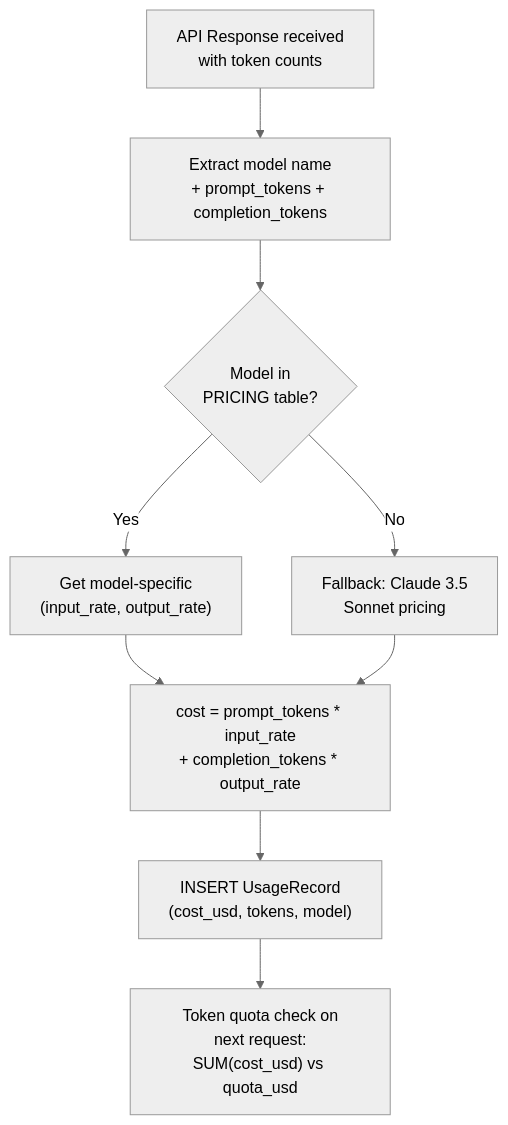
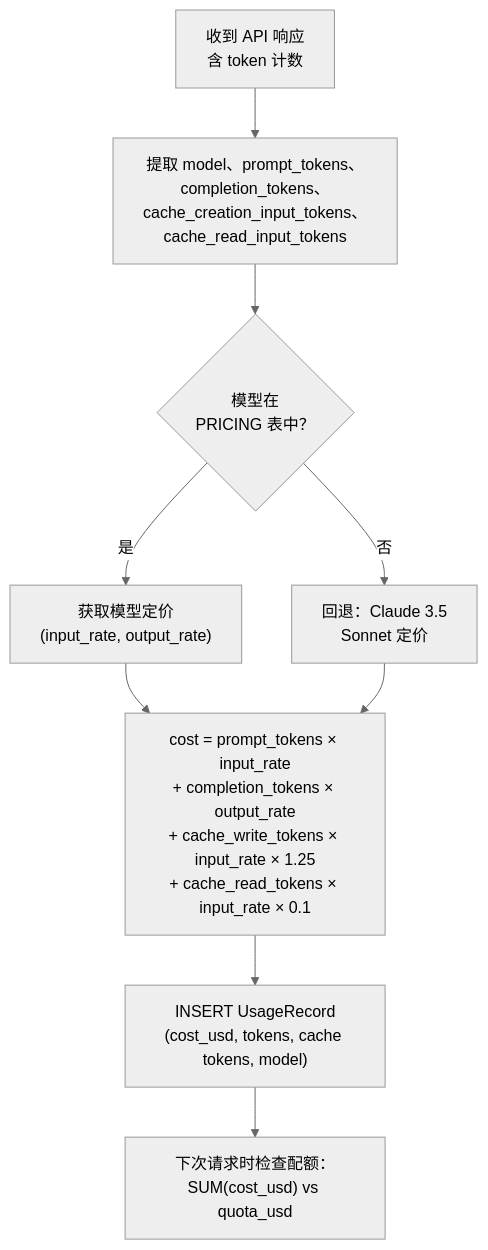
Before and after one commit to aws-samples/sample-kolya-br-proxy: the ninth of 9 diagrams in docs/architecture.zh.md, drawn with Mermaid (neutral theme). The commit also changed other lines of this file and 45 other files, not shown here.

````diff
--- a/docs/architecture.zh.md
+++ b/docs/architecture.zh.md
@@ -614,11 +648,11 @@
 ```mermaid
 graph TD
-    A["API Response received<br/>with token counts"] --> B["Extract model name<br/>+ prompt_tokens + completion_tokens"]
-    B --> C{"Model in<br/>PRICING table?"}
-    C -->|"Yes"| D["Get model-specific<br/>(input_rate, output_rate)"]
-    C -->|"No"| E["Fallback: Claude 3.5<br/>Sonnet pricing"]
-    D --> F["cost = prompt_tokens * input_rate<br/>+ completion_tokens * output_rate"]
+    A["收到 API 响应<br/>含 token 计数"] --> B["提取 model、prompt_tokens、<br/>completion_tokens、<br/>cache_creation_input_tokens、<br/>cache_read_input_tokens"]
+    B --> C{"模型在<br/>PRICING 表中？"}
+    C -->|"是"| D["获取模型定价<br/>(input_rate, output_rate)"]
+    C -->|"否"| E["回退：Claude 3.5<br/>Sonnet 定价"]
+    D --> F["cost = prompt_tokens × input_rate<br/>+ completion_tokens × output_rate<br/>+ cache_write_tokens × input_rate × 1.25<br/>+ cache_read_tokens × input_rate × 0.1"]
     E --> F
-    F --> G["INSERT UsageRecord<br/>(cost_usd, tokens, model)"]
-    G --> H["Token quota check on<br/>next request:<br/>SUM(cost_usd) vs quota_usd"]
+    F --> G["INSERT UsageRecord<br/>(cost_usd, tokens, cache tokens, model)"]
+    G --> H["下次请求时检查配额：<br/>SUM(cost_usd) vs quota_usd"]
 ```
````
